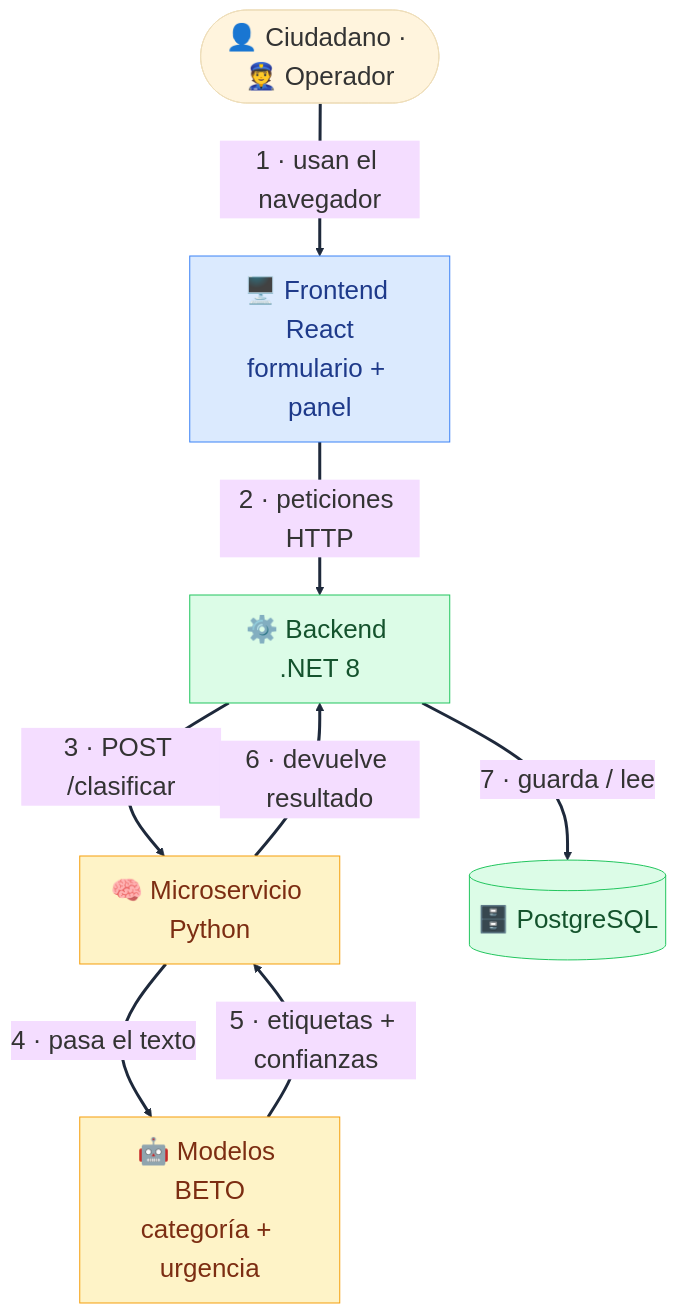
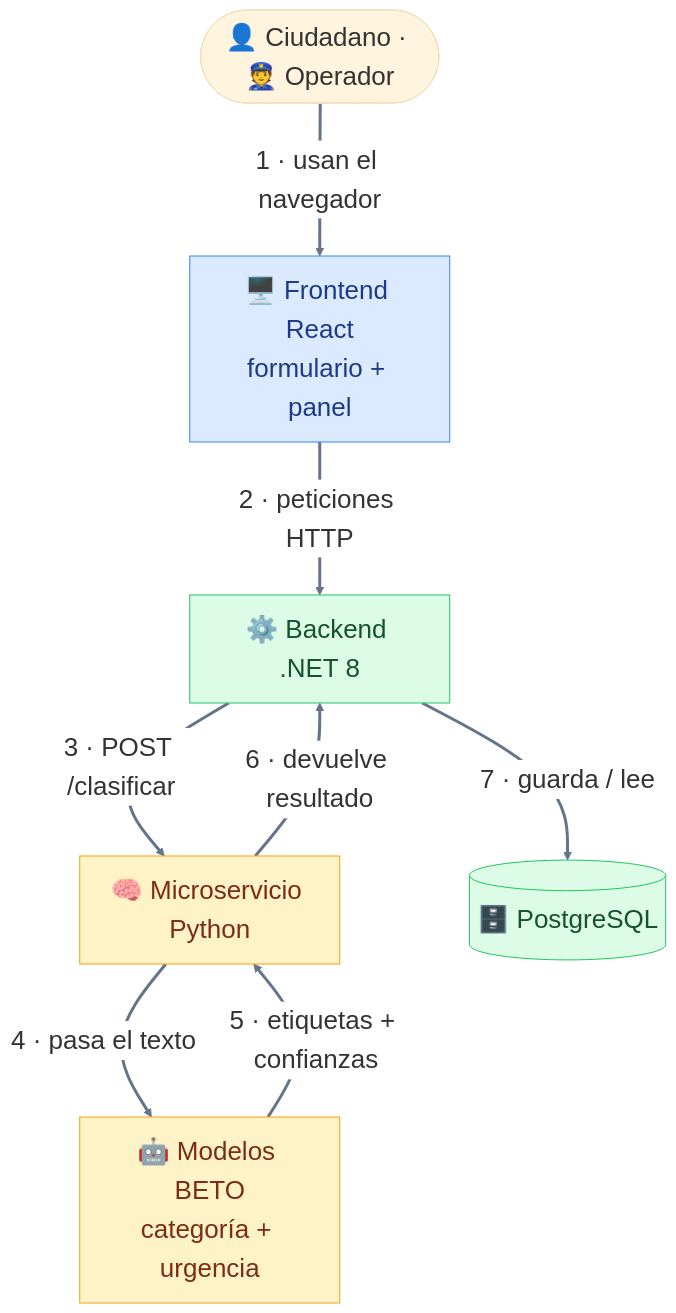
One commit to alexisherrera09/sirec changed the first of 3 diagrams in README.md. Above: the diagram before and after it, drawn with Mermaid. The commit also changed other lines of this file, not shown here.

First line of the commit message:
README: diagramas legibles en modo oscuro

````diff
--- a/README.md
+++ b/README.md
@@ -183,19 +183,19 @@
 ```mermaid
-%%{init: {'theme':'base', 'themeVariables': {'fontSize':'26px', 'lineColor':'#1e293b'}, 'flowchart': {'nodeSpacing':60, 'rankSpacing':75}}}%%
+%%{init: {'theme':'base', 'themeVariables': {'fontSize':'26px', 'lineColor':'#64748b', 'edgeLabelBackground':'#ffffff'}, 'flowchart': {'nodeSpacing':60, 'rankSpacing':75}}}%%
 flowchart TD
     Personas(["👤 Ciudadano · 👮 Operador"]) -->|"1 · usan el navegador"| FE["🖥️ Frontend React<br/>formulario + panel"]
     FE -->|"2 · peticiones HTTP"| BE["⚙️ Backend .NET 8"]
     BE -->|"3 · POST /clasificar"| MS["🧠 Microservicio Python"]
     MS -->|"4 · pasa el texto"| BETO["🤖 Modelos BETO<br/>categoría + urgencia"]
     BETO -->|"5 · etiquetas + confianzas"| MS
     MS -->|"6 · devuelve resultado"| BE
     BE -->|"7 · guarda / lee"| DB[("🗄️ PostgreSQL")]
 
-    linkStyle default stroke:#1e293b,stroke-width:3px;
+    linkStyle default stroke:#64748b,stroke-width:3px;
     classDef front fill:#dbeafe,stroke:#3b82f6,color:#1e3a8a;
     classDef back fill:#dcfce7,stroke:#22c55e,color:#14532d;
     classDef ml fill:#fef3c7,stroke:#f59e0b,color:#7c2d12;
     class FE front;
     class BE,DB back;
     class MS,BETO ml;
 ```
````
